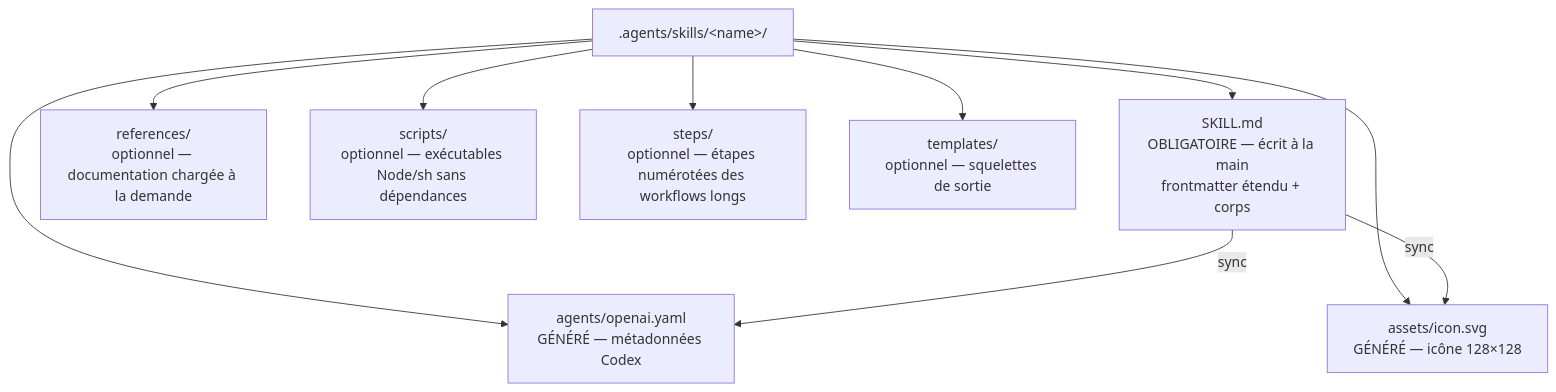
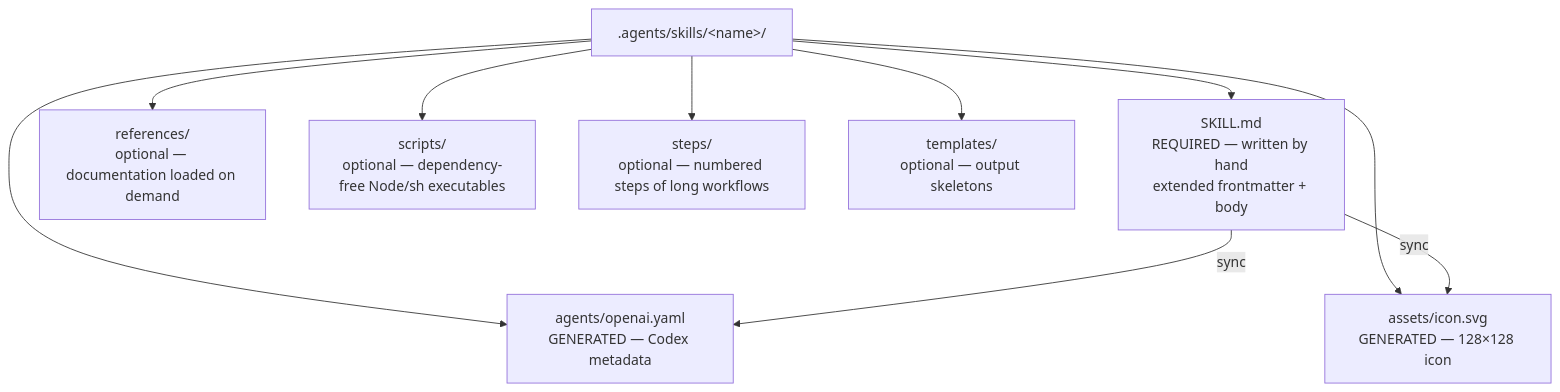
One commit to PicardRaphael/agentsdir changed the diagram in docs/conventions.md. Above: the diagram before and after it, drawn with Mermaid. The commit also changed other lines of this file and 23 other files, not shown here.

````diff
--- a/docs/conventions.md
+++ b/docs/conventions.md
@@ -11,12 +11,12 @@
 ```mermaid
 flowchart TD
-    A[".agents/skills/&lt;name&gt;/"] --> B["SKILL.md<br/>OBLIGATOIRE — écrit à la main<br/>frontmatter étendu + corps"]
-    A --> C["agents/openai.yaml<br/>GÉNÉRÉ — métadonnées Codex"]
-    A --> D["assets/icon.svg<br/>GÉNÉRÉ — icône 128×128"]
-    A --> E["references/<br/>optionnel — documentation chargée à la demande"]
-    A --> F["scripts/<br/>optionnel — exécutables Node/sh sans dépendances"]
-    A --> G["steps/<br/>optionnel — étapes numérotées des workflows longs"]
-    A --> H["templates/<br/>optionnel — squelettes de sortie"]
+    A[".agents/skills/&lt;name&gt;/"] --> B["SKILL.md<br/>REQUIRED — written by hand<br/>extended frontmatter + body"]
+    A --> C["agents/openai.yaml<br/>GENERATED — Codex metadata"]
+    A --> D["assets/icon.svg<br/>GENERATED — 128×128 icon"]
+    A --> E["references/<br/>optional — documentation loaded on demand"]
+    A --> F["scripts/<br/>optional — dependency-free Node/sh executables"]
+    A --> G["steps/<br/>optional — numbered steps of long workflows"]
+    A --> H["templates/<br/>optional — output skeletons"]
     B -- "sync" --> C
     B -- "sync" --> D
 ```
````
